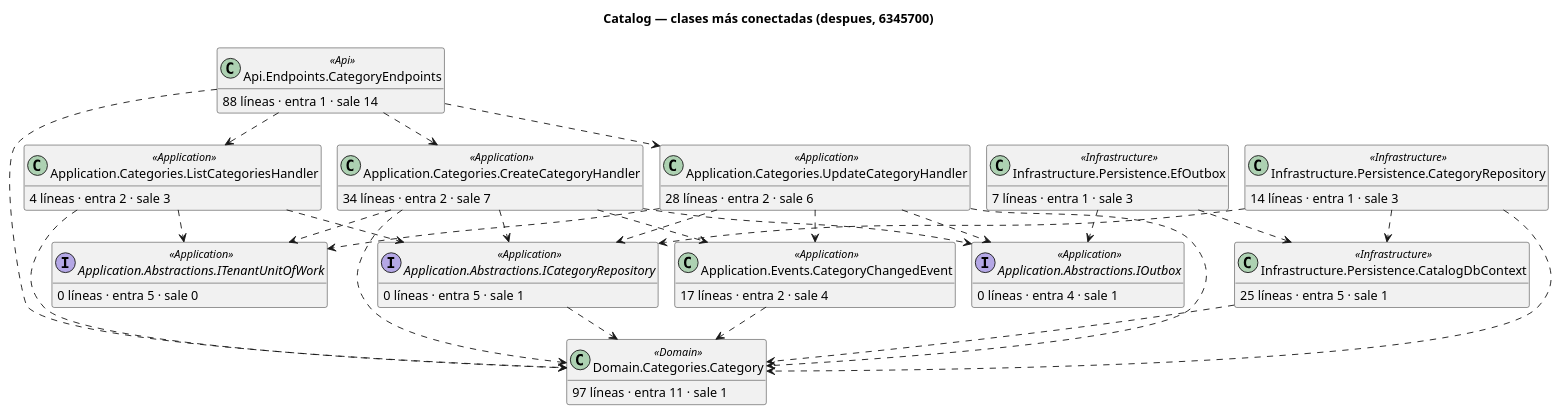
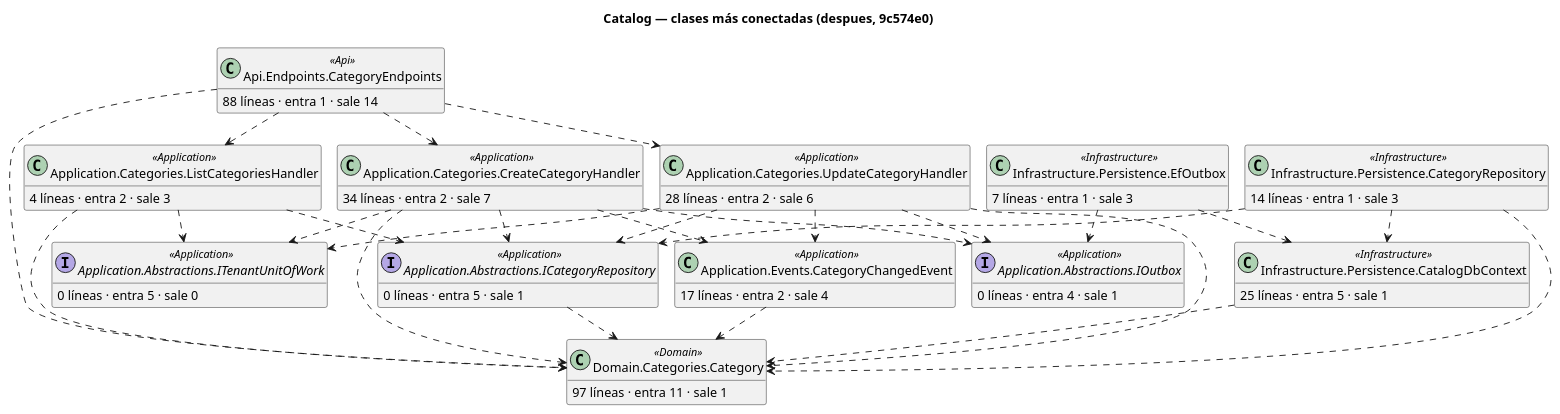
The diagram in docs/architecture/codigo/despues/catalog/clases-centrales.puml (ARQUI-202630/quickpatch), drawn with PlantUML before and after one commit. The commit also changed 83 other files, not shown here.

```diff
--- a/docs/architecture/codigo/despues/catalog/clases-centrales.puml
+++ b/docs/architecture/codigo/despues/catalog/clases-centrales.puml
@@ -1,67 +1,67 @@
 @startuml
 !pragma layout smetana
-title Catalog — clases más conectadas (despues, 6345700)
+title Catalog — clases más conectadas (despues, 9c574e0)
 hide empty members
 skinparam shadowing false
 class "Api.Endpoints.CategoryEndpoints" as QuickPatch_Catalog_Api_Endpoints_CategoryEndpoints <<Api>> {
   88 líneas · entra 1 · sale 14
 }
 class "Domain.Categories.Category" as QuickPatch_Catalog_Domain_Categories_Category <<Domain>> {
   97 líneas · entra 11 · sale 1
 }
 class "Application.Categories.CreateCategoryHandler" as QuickPatch_Catalog_Application_Categories_CreateCategoryHandler <<Application>> {
   34 líneas · entra 2 · sale 7
 }
 class "Application.Categories.UpdateCategoryHandler" as QuickPatch_Catalog_Application_Categories_UpdateCategoryHandler <<Application>> {
   28 líneas · entra 2 · sale 6
 }
 class "Application.Events.CategoryChangedEvent" as QuickPatch_Catalog_Application_Events_CategoryChangedEvent <<Application>> {
   17 líneas · entra 2 · sale 4
 }
 interface "Application.Abstractions.ICategoryRepository" as QuickPatch_Catalog_Application_Abstractions_ICategoryRepository <<Application>> {
   0 líneas · entra 5 · sale 1
 }
 class "Infrastructure.Persistence.CatalogDbContext" as QuickPatch_Catalog_Infrastructure_Persistence_CatalogDbContext <<Infrastructure>> {
   25 líneas · entra 5 · sale 1
 }
 class "Application.Categories.ListCategoriesHandler" as QuickPatch_Catalog_Application_Categories_ListCategoriesHandler <<Application>> {
   4 líneas · entra 2 · sale 3
 }
 interface "Application.Abstractions.ITenantUnitOfWork" as QuickPatch_Catalog_Application_Abstractions_ITenantUnitOfWork <<Application>> {
   0 líneas · entra 5 · sale 0
 }
 interface "Application.Abstractions.IOutbox" as QuickPatch_Catalog_Application_Abstractions_IOutbox <<Application>> {
   0 líneas · entra 4 · sale 1
 }
 class "Infrastructure.Persistence.CategoryRepository" as QuickPatch_Catalog_Infrastructure_Persistence_CategoryRepository <<Infrastructure>> {
   14 líneas · entra 1 · sale 3
 }
 class "Infrastructure.Persistence.EfOutbox" as QuickPatch_Catalog_Infrastructure_Persistence_EfOutbox <<Infrastructure>> {
   7 líneas · entra 1 · sale 3
 }
 QuickPatch_Catalog_Api_Endpoints_CategoryEndpoints ..> QuickPatch_Catalog_Application_Categories_CreateCategoryHandler
 QuickPatch_Catalog_Api_Endpoints_CategoryEndpoints ..> QuickPatch_Catalog_Application_Categories_ListCategoriesHandler
 QuickPatch_Catalog_Api_Endpoints_CategoryEndpoints ..> QuickPatch_Catalog_Application_Categories_UpdateCategoryHandler
 QuickPatch_Catalog_Api_Endpoints_CategoryEndpoints ..> QuickPatch_Catalog_Domain_Categories_Category
 QuickPatch_Catalog_Application_Abstractions_ICategoryRepository ..> QuickPatch_Catalog_Domain_Categories_Category
 QuickPatch_Catalog_Application_Categories_CreateCategoryHandler ..> QuickPatch_Catalog_Application_Abstractions_ICategoryRepository
 QuickPatch_Catalog_Application_Categories_CreateCategoryHandler ..> QuickPatch_Catalog_Application_Abstractions_IOutbox
 QuickPatch_Catalog_Application_Categories_CreateCategoryHandler ..> QuickPatch_Catalog_Application_Abstractions_ITenantUnitOfWork
 QuickPatch_Catalog_Application_Categories_CreateCategoryHandler ..> QuickPatch_Catalog_Application_Events_CategoryChangedEvent
 QuickPatch_Catalog_Application_Categories_CreateCategoryHandler ..> QuickPatch_Catalog_Domain_Categories_Category
 QuickPatch_Catalog_Application_Categories_ListCategoriesHandler ..> QuickPatch_Catalog_Application_Abstractions_ICategoryRepository
 QuickPatch_Catalog_Application_Categories_ListCategoriesHandler ..> QuickPatch_Catalog_Application_Abstractions_ITenantUnitOfWork
 QuickPatch_Catalog_Application_Categories_ListCategoriesHandler ..> QuickPatch_Catalog_Domain_Categories_Category
 QuickPatch_Catalog_Application_Categories_UpdateCategoryHandler ..> QuickPatch_Catalog_Application_Abstractions_ICategoryRepository
 QuickPatch_Catalog_Application_Categories_UpdateCategoryHandler ..> QuickPatch_Catalog_Application_Abstractions_IOutbox
 QuickPatch_Catalog_Application_Categories_UpdateCategoryHandler ..> QuickPatch_Catalog_Application_Abstractions_ITenantUnitOfWork
 QuickPatch_Catalog_Application_Categories_UpdateCategoryHandler ..> QuickPatch_Catalog_Application_Events_CategoryChangedEvent
 QuickPatch_Catalog_Application_Categories_UpdateCategoryHandler ..> QuickPatch_Catalog_Domain_Categories_Category
 QuickPatch_Catalog_Application_Events_CategoryChangedEvent ..> QuickPatch_Catalog_Domain_Categories_Category
 QuickPatch_Catalog_Infrastructure_Persistence_CatalogDbContext ..> QuickPatch_Catalog_Domain_Categories_Category
 QuickPatch_Catalog_Infrastructure_Persistence_CategoryRepository ..> QuickPatch_Catalog_Application_Abstractions_ICategoryRepository
 QuickPatch_Catalog_Infrastructure_Persistence_CategoryRepository ..> QuickPatch_Catalog_Domain_Categories_Category
 QuickPatch_Catalog_Infrastructure_Persistence_CategoryRepository ..> QuickPatch_Catalog_Infrastructure_Persistence_CatalogDbContext
 QuickPatch_Catalog_Infrastructure_Persistence_EfOutbox ..> QuickPatch_Catalog_Application_Abstractions_IOutbox
 QuickPatch_Catalog_Infrastructure_Persistence_EfOutbox ..> QuickPatch_Catalog_Infrastructure_Persistence_CatalogDbContext
 @enduml
```
